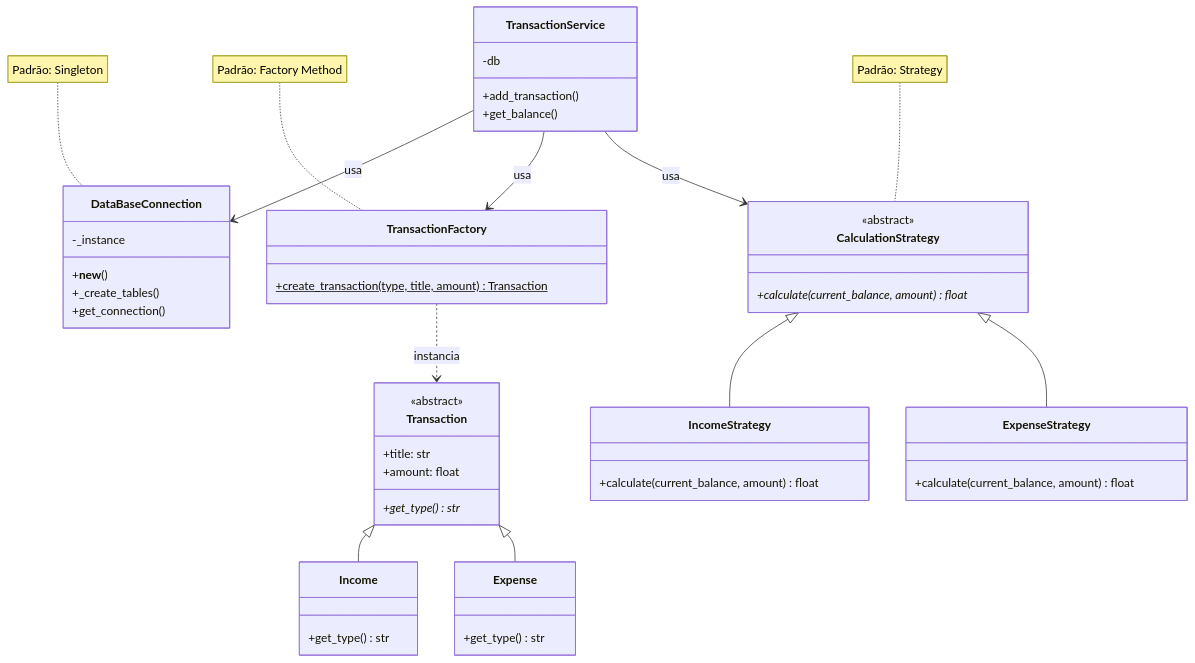
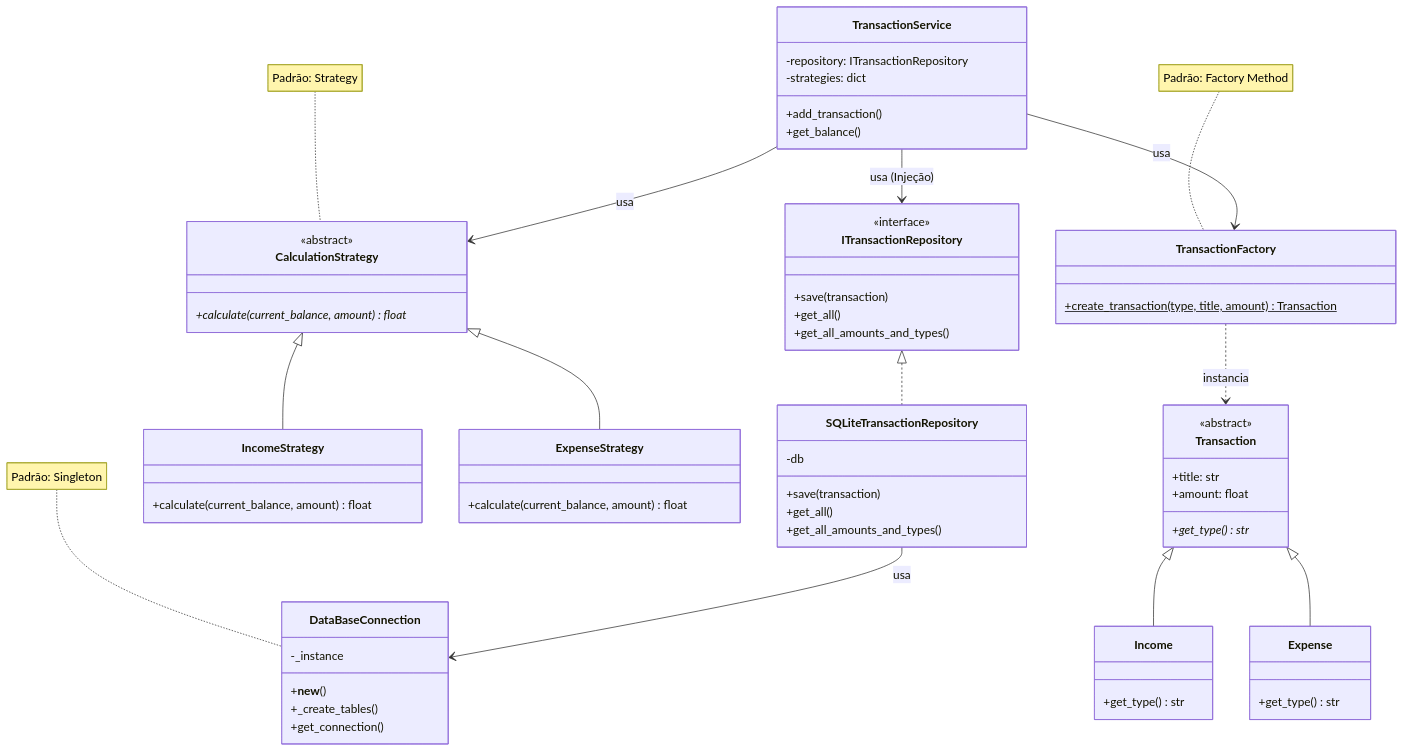
The second of 3 diagrams in diagramas.md (Capovillaa/Trabalho_final_Padroes_arquitetura_software), drawn with Mermaid before and after one commit. The commit also changed other lines of this file and 17 other files, not shown here.

````diff
--- a/diagramas.md
+++ b/diagramas.md
@@ -22,54 +24,70 @@
 ```mermaid
 classDiagram
     class DataBaseConnection {
         -_instance
         +__new__()
         +_create_tables()
         +get_connection()
     }
     note for DataBaseConnection "Padrão: Singleton"
 
     class Transaction {
         <<abstract>>
         +title: str
         +amount: float
         +get_type()* str
     }
     class Income {
         +get_type() str
     }
     class Expense {
         +get_type() str
     }
     Transaction <|-- Income
     Transaction <|-- Expense
 
     class TransactionFactory {
         +create_transaction(type, title, amount) Transaction$
     }
     note for TransactionFactory "Padrão: Factory Method"
     TransactionFactory ..> Transaction : instancia
 
     class CalculationStrategy {
         <<abstract>>
         +calculate(current_balance, amount)* float
     }
     class IncomeStrategy {
         +calculate(current_balance, amount) float
     }
     class ExpenseStrategy {
         +calculate(current_balance, amount) float
     }
     CalculationStrategy <|-- IncomeStrategy
     CalculationStrategy <|-- ExpenseStrategy
     note for CalculationStrategy "Padrão: Strategy"
 
+    class ITransactionRepository {
+        <<interface>>
+        +save(transaction)
+        +get_all()
+        +get_all_amounts_and_types()
+    }
+    class SQLiteTransactionRepository {
+        -db
+        +save(transaction)
+        +get_all()
+        +get_all_amounts_and_types()
+    }
+    ITransactionRepository <|.. SQLiteTransactionRepository
+    SQLiteTransactionRepository --> DataBaseConnection : usa
+
     class TransactionService {
-        -db
+        -repository: ITransactionRepository
+        -strategies: dict
         +add_transaction()
         +get_balance()
     }
-    TransactionService --> DataBaseConnection : usa
+    TransactionService --> ITransactionRepository : usa (Injeção)
     TransactionService --> TransactionFactory : usa
     TransactionService --> CalculationStrategy : usa
 ```
````
